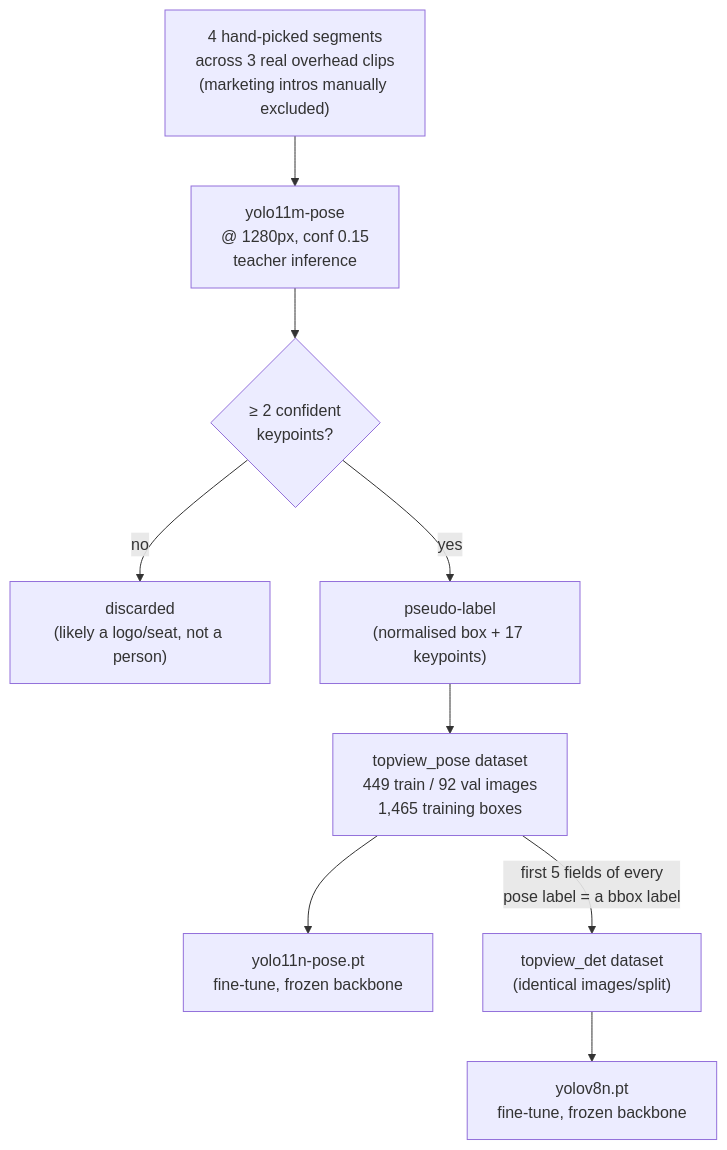
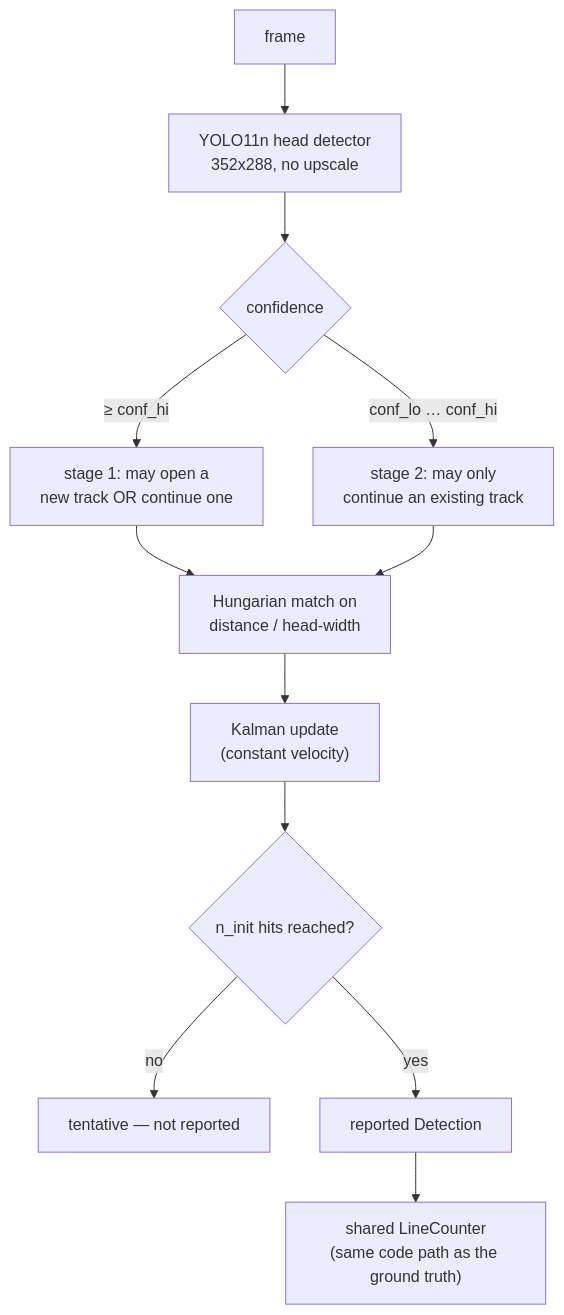
The second of 3 diagrams in README.md (Alishnis/crowdless-app), drawn with Mermaid before and after one commit. The commit also changed other lines of this file and 11 other files, not shown here.

````diff
--- a/README.md
+++ b/README.md
@@ -154,11 +106,14 @@
 ```mermaid
 flowchart TD
-    A["4 hand-picked segments\nacross 3 real overhead clips\n(marketing intros manually excluded)"] --> B["yolo11m-pose\n@ 1280px, conf 0.15\nteacher inference"]
-    B --> C{"≥ 2 confident\nkeypoints?"}
-    C -- no --> D["discarded\n(likely a logo/seat, not a person)"]
-    C -- yes --> E["pseudo-label\n(normalised box + 17 keypoints)"]
-    E --> F["topview_pose dataset\n449 train / 92 val images\n1,465 training boxes"]
-    F --> G["yolo11n-pose.pt\nfine-tune, frozen backbone"]
-    F -- "first 5 fields of every\npose label = a bbox label" --> H["topview_det dataset\n(identical images/split)"]
-    H --> I["yolov8n.pt\nfine-tune, frozen backbone"]
+    F["frame"] --> D["YOLO11n head detector\n352x288, no upscale"]
+    D --> H{"confidence"}
+    H -- "≥ conf_hi" --> S1["stage 1: may open a\nnew track OR continue one"]
+    H -- "conf_lo … conf_hi" --> S2["stage 2: may only\ncontinue an existing track"]
+    S1 --> M["Hungarian match on\ndistance / head-width"]
+    S2 --> M
+    M --> K["Kalman update\n(constant velocity)"]
+    K --> N{"n_init hits reached?"}
+    N -- "no" --> W["tentative — not reported"]
+    N -- "yes" --> R["reported Detection"]
+    R --> LC["shared LineCounter\n(same code path as the ground truth)"]
 ```
````
